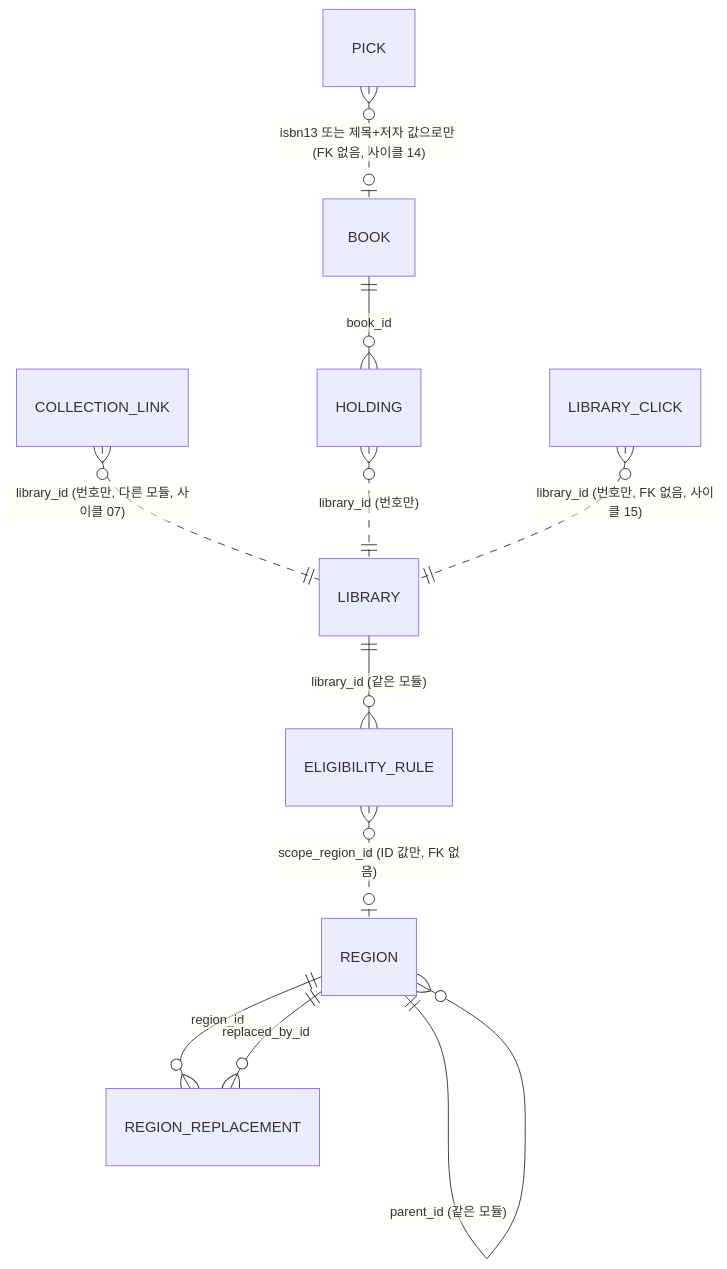
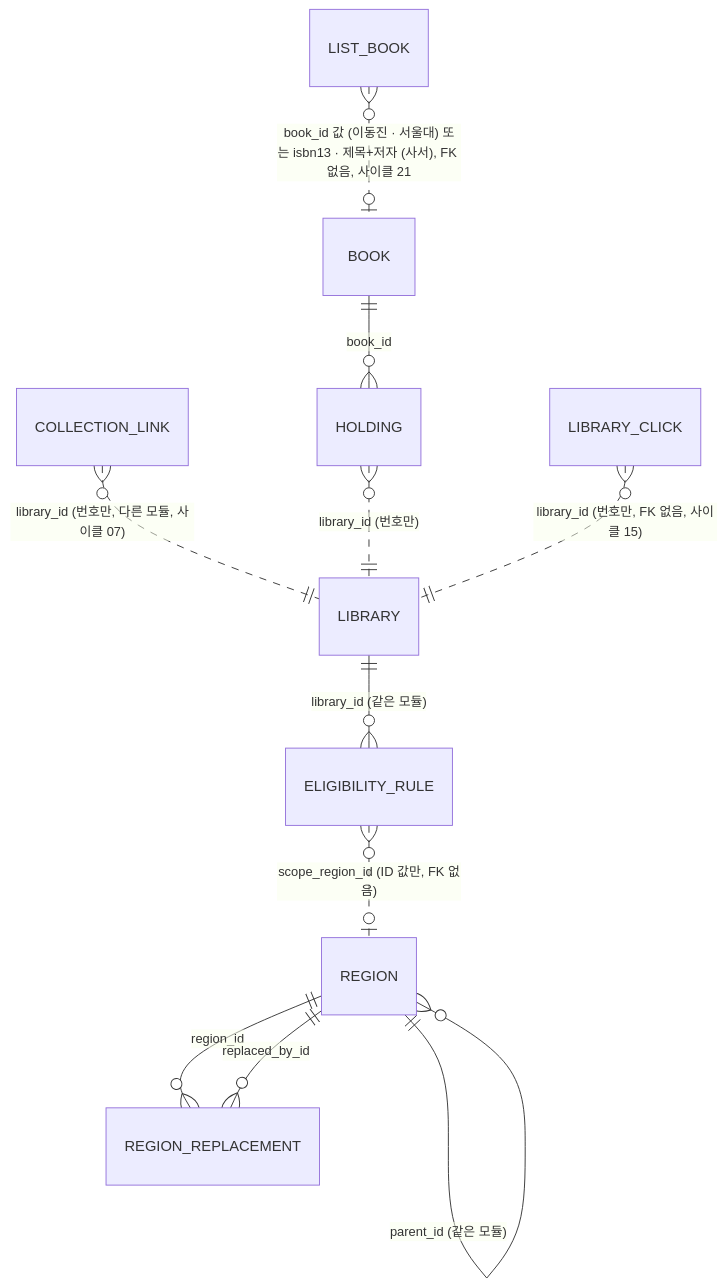
One commit to hodu-sketch/chaekcheck-plan changed the first of 10 diagrams in docs/current/data-model.md. Above: the diagram before and after it, drawn with Mermaid. The commit also changed other lines of this file and 4 other files, not shown here.

Commit message:
cycle 21: merge design into docs/current (module-map, data-model, api, flows 46-48), lendingKinds name in diagrams

````diff
--- a/docs/current/data-model.md
+++ b/docs/current/data-model.md
@@ -62,13 +64,13 @@
 ```mermaid
 erDiagram
   REGION ||--o{ REGION : "parent_id (같은 모듈)"
   REGION ||--o{ REGION_REPLACEMENT : "region_id"
   REGION ||--o{ REGION_REPLACEMENT : "replaced_by_id"
   LIBRARY ||--o{ ELIGIBILITY_RULE : "library_id (같은 모듈)"
   ELIGIBILITY_RULE }o..o| REGION : "scope_region_id (ID 값만, FK 없음)"
   COLLECTION_LINK }o..|| LIBRARY : "library_id (번호만, 다른 모듈, 사이클 07)"
   BOOK ||--o{ HOLDING : "book_id"
   HOLDING }o..|| LIBRARY : "library_id (번호만)"
-  PICK }o..o| BOOK : "isbn13 또는 제목+저자 값으로만 (FK 없음, 사이클 14)"
+  LIST_BOOK }o..o| BOOK : "book_id 값 (이동진 · 서울대) 또는 isbn13 · 제목+저자 (사서), FK 없음, 사이클 21"
   LIBRARY_CLICK }o..|| LIBRARY : "library_id (번호만, FK 없음, 사이클 15)"
 ```
````
